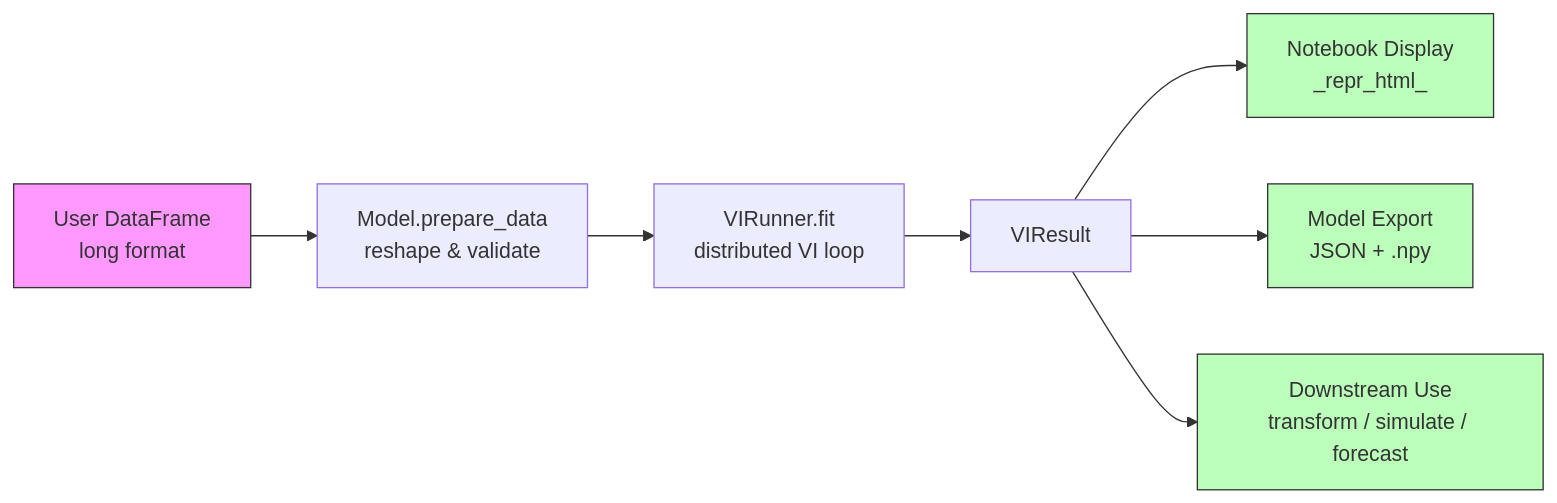
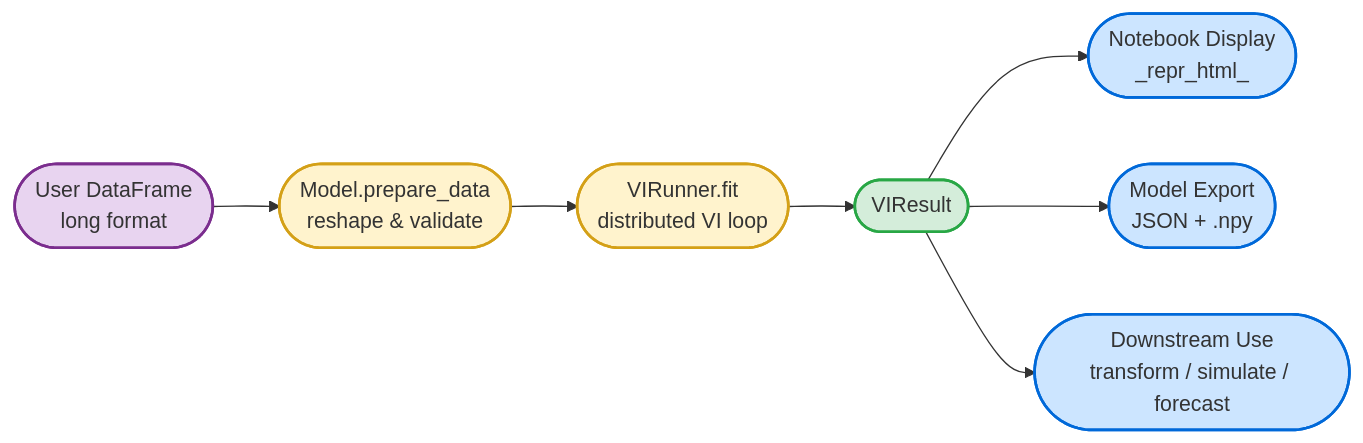
One commit to oneilsh/topic-state-space-modeling changed the first of 3 diagrams in SPARK_VI_FRAMEWORK.md. Above: the diagram before and after it, drawn with Mermaid. The commit also changed other lines of this file and 5 other files, not shown here.

````diff
--- a/SPARK_VI_FRAMEWORK.md
+++ b/SPARK_VI_FRAMEWORK.md
@@ -46,14 +46,17 @@
 ```mermaid
 graph LR
-    A[User DataFrame<br/>long format] --> B[Model.prepare_data<br/>reshape & validate]
-    B --> C[VIRunner.fit<br/>distributed VI loop]
-    C --> D[VIResult]
-    D --> E[Notebook Display<br/>_repr_html_]
-    D --> F[Model Export<br/>JSON + .npy]
-    D --> G[Downstream Use<br/>transform / simulate / forecast]
+    A(["User DataFrame<br/>long format"]) --> B(["Model.prepare_data<br/>reshape & validate"])
+    B --> C(["VIRunner.fit<br/>distributed VI loop"])
+    C --> D(["VIResult"])
+    D --> E(["Notebook Display<br/>_repr_html_"])
+    D --> F(["Model Export<br/>JSON + .npy"])
+    D --> G(["Downstream Use<br/>transform / simulate / forecast"])
 
-    style A fill:#f9f,stroke:#333
-    style E fill:#bfb,stroke:#333
-    style F fill:#bfb,stroke:#333
-    style G fill:#bfb,stroke:#333
+    style A fill:#e8d4f0,stroke:#7b2d8e,stroke-width:2px
+    style B fill:#fff3cd,stroke:#d4a017,stroke-width:2px
+    style C fill:#fff3cd,stroke:#d4a017,stroke-width:2px
+    style D fill:#d4edda,stroke:#28a745,stroke-width:2px
+    style E fill:#cce5ff,stroke:#0069d9,stroke-width:2px
+    style F fill:#cce5ff,stroke:#0069d9,stroke-width:2px
+    style G fill:#cce5ff,stroke:#0069d9,stroke-width:2px
 ```
````
